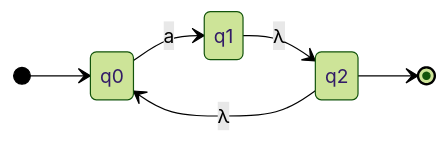
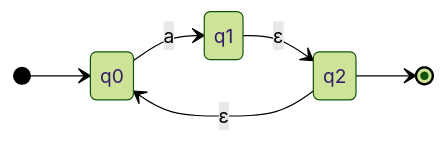
The third of 12 diagrams in iuh/môn/hk1-4/automat/3-4/ly_thuyet_nfa.md (lelongc/rac), drawn with Mermaid (forest theme) before and after one commit. The commit also changed other lines of this file and 7 other files, not shown here.

````diff
--- a/iuh/môn/hk1-4/automat/3-4/ly_thuyet_nfa.md
+++ b/iuh/môn/hk1-4/automat/3-4/ly_thuyet_nfa.md
@@ -189,9 +189,9 @@
 ```mermaid
 stateDiagram-v2
     direction LR
     [*] --> q0
     q0 --> q1: a
-    q1 --> q2: λ
-    q2 --> q0: λ
+    q1 --> q2: ε
+    q2 --> q0: ε
     q2 --> [*]
 ```
````
